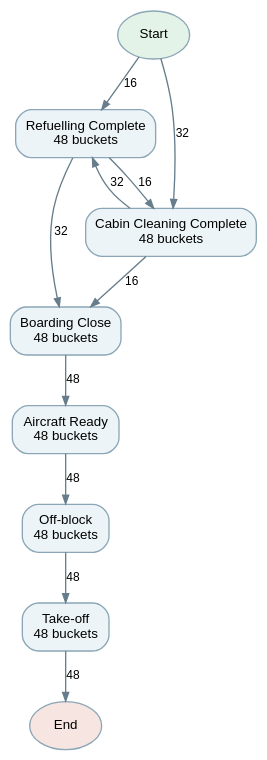
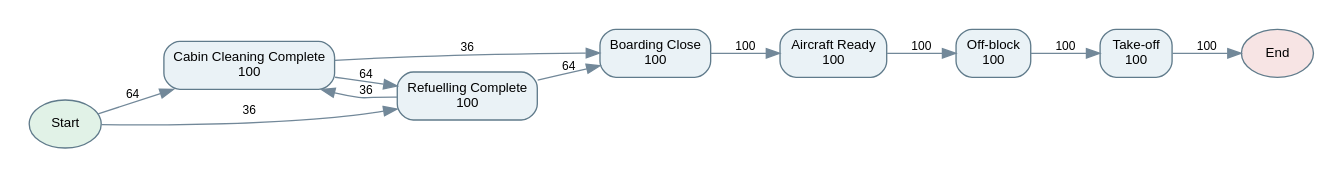
Before and after one commit to jiwonpark7913/NL2EVENTLOG: the diagram in datasets/synthetic/airlineflow/gold/Q27/dfg.dot, drawn with Graphviz. The commit also changed 401 other files, not shown here.

```diff
--- a/datasets/synthetic/airlineflow/gold/Q27/dfg.dot
+++ b/datasets/synthetic/airlineflow/gold/Q27/dfg.dot
@@ -1,23 +1,20 @@
-digraph D {
-graph [rankdir=TB, bgcolor="transparent", pad=0.25, nodesep=0.35, ranksep=0.38];
-node [shape=box,style="rounded,filled",color="#8ba6b6",fillcolor="#edf4f7",fontname="Arial",fontsize=10];
-edge [color="#667d8b",fontname="Arial",fontsize=9,arrowsize=.65];
-start [shape=ellipse,label="Start",fillcolor="#e3f3e8"];
-end [shape=ellipse,label="End",fillcolor="#f7e5e1"];
-n0 [label="Refuelling Complete\n48 buckets"];
-n1 [label="Cabin Cleaning Complete\n48 buckets"];
-n2 [label="Boarding Close\n48 buckets"];
-n3 [label="Aircraft Ready\n48 buckets"];
-n4 [label="Off-block\n48 buckets"];
-n5 [label="Take-off\n48 buckets"];
-start -> n0 [label="16"];
-start -> n1 [label="32"];
-n3 -> n4 [label="48"];
-n2 -> n3 [label="48"];
-n1 -> n2 [label="16"];
-n1 -> n0 [label="32"];
-n4 -> n5 [label="48"];
-n0 -> n2 [label="32"];
-n0 -> n1 [label="16"];
-n5 -> end [label="48"];
+digraph G {
+rankdir=LR; graph [bgcolor="white",pad=0.2,nodesep=0.3,ranksep=0.5]; node [shape=box,style="rounded,filled",fillcolor="#eaf2f6",color="#607b8b",fontname="Arial",fontsize=10]; edge [color="#728899",fontname="Arial",fontsize=9];
+start [label="Start",shape=oval,fillcolor="#e1f2e7"]; end [label="End",shape=oval,fillcolor="#f7e4e4"];
+n0 [label="Aircraft Ready\n100"];
+n1 [label="Boarding Close\n100"];
+n2 [label="Cabin Cleaning Complete\n100"];
+n3 [label="Off-block\n100"];
+n4 [label="Refuelling Complete\n100"];
+n5 [label="Take-off\n100"];
+n0 -> n3 [label="100"];
+n1 -> n0 [label="100"];
+n2 -> n1 [label="36"];
+n2 -> n4 [label="64"];
+n3 -> n5 [label="100"];
+n4 -> n1 [label="64"];
+n4 -> n2 [label="36"];
+start -> n2 [label="64"];
+start -> n4 [label="36"];
+n5 -> end [label="100"];
 }
```
